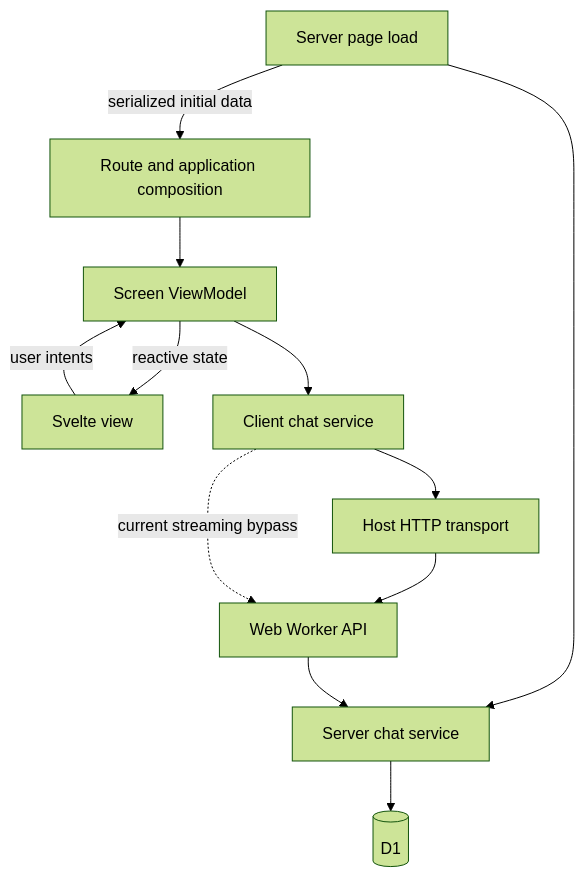
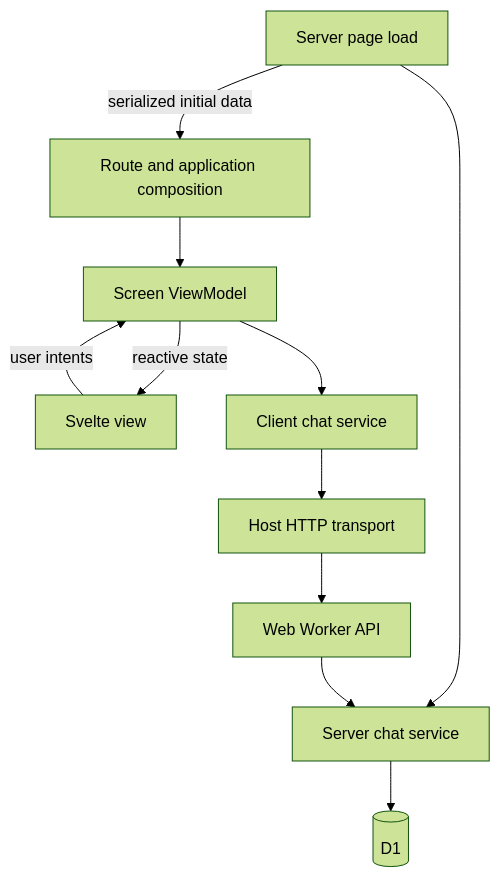
Before and after one commit to snorreks/starter: the diagram in docs/frontend-architecture-review.md, drawn with Mermaid (forest theme). The commit also changed other lines of this file and 6 other files, not shown here.

````diff
--- a/docs/frontend-architecture-review.md
+++ b/docs/frontend-architecture-review.md
@@ -15,14 +15,13 @@
 ```mermaid
 flowchart TD
   Load[Server page load] --> Domain[Server chat service]
   Domain --> DB[(D1)]
   Load -->|serialized initial data| Route[Route and application composition]
   Route --> VM[Screen ViewModel]
   View[Svelte view] -->|user intents| VM
   VM -->|reactive state| View
   VM --> Client[Client chat service]
   Client --> Transport[Host HTTP transport]
   Transport --> API[Web Worker API]
   API --> Domain
-  Client -. current streaming bypass .-> API
 ```
````
